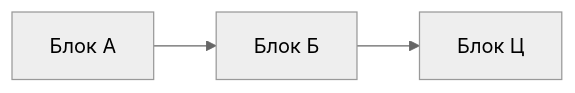
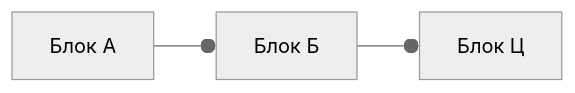
One commit to angelgardt/wlm-sdarp changed the first of 2 diagrams in book/chapters/ru/debug/chapter-debug.qmd. Above: the diagram before and after it, drawn with Mermaid (neutral theme). The commit also changed other lines of this file and 5 other files, not shown here.

````diff
--- a/book/chapters/ru/debug/chapter-debug.qmd
+++ b/book/chapters/ru/debug/chapter-debug.qmd
@@ -726,9 +778,9 @@
 ```{mermaid}
 flowchart LR
   A["Блок А"]
   B["Блок Б"]
   C["Блок Ц"]
   
-  A --> B
-  B --> C
+  A --o B
+  B --o C
 ```
````
